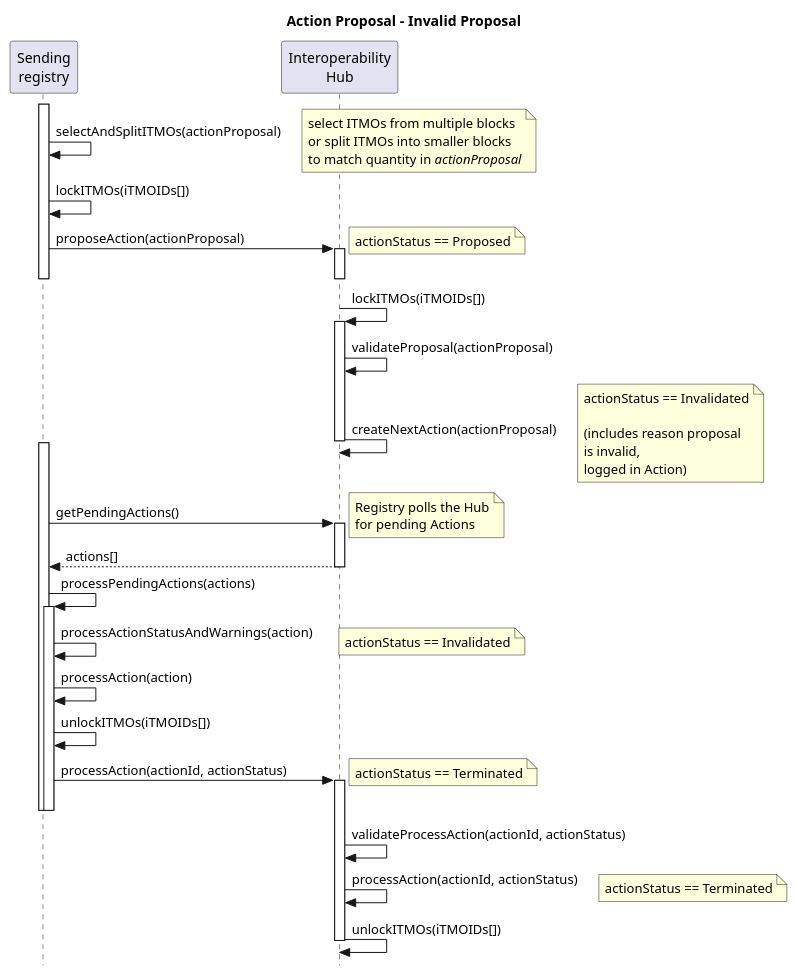
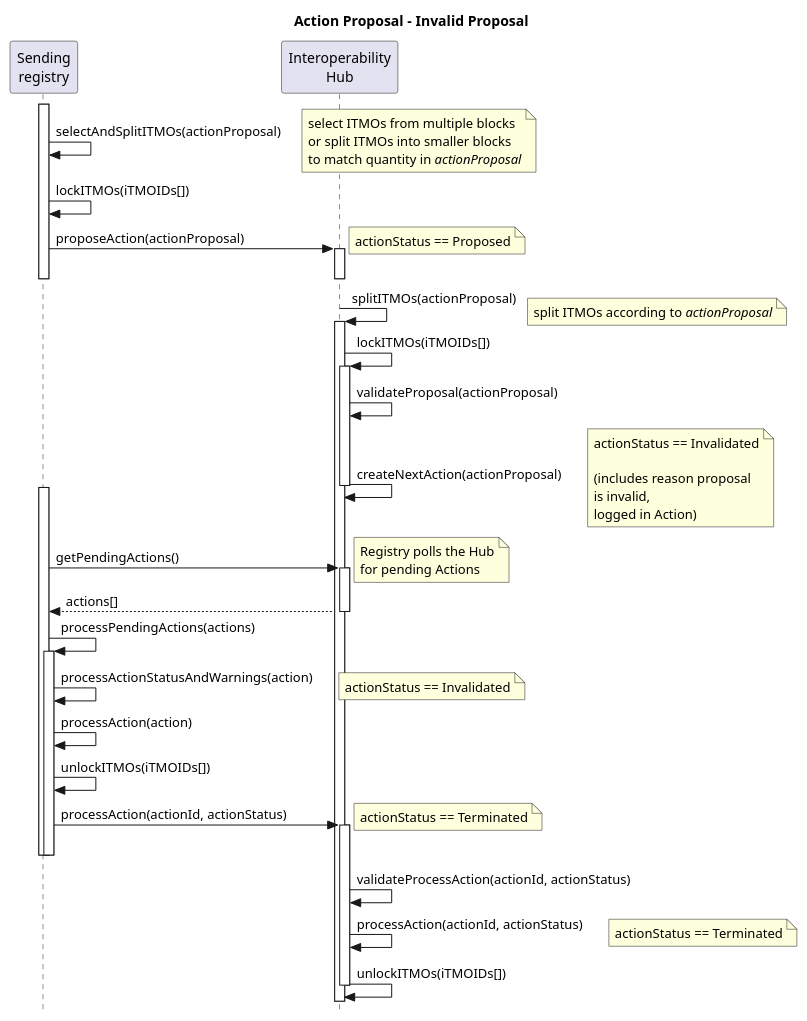
One commit to frankcnng/CARP changed the diagram in diagrams/actionProposal_Invalid_Sequence.puml. Above: the diagram before and after it, drawn with PlantUML. The commit also changed other lines of this file, not shown here.

Commit message:
Update actionProposal_Invalid_Sequence.puml
Added splitITMO() for hub

```diff
--- a/diagrams/actionProposal_Invalid_Sequence.puml
+++ b/diagrams/actionProposal_Invalid_Sequence.puml
@@ -1,49 +2,52 @@
 @startuml actionProposal_Invalid_Sequence
 
 title Action Proposal - Invalid Proposal
 
 skinparam style strictuml
 
 participant "Sending\nregistry" as Sender
 participant "Interoperability\nHub" as Hub
 
 activate Sender
 Sender -> Sender: selectAndSplitITMOs(actionProposal)
 note right: select ITMOs from multiple blocks\nor split ITMOs into smaller blocks\nto match quantity in //actionProposal//
 
+
 Sender -> Sender: lockITMOs(iTMOIDs[])
 Sender -> Hub++ : proposeAction(actionProposal)
 note right: actionStatus == Proposed
 deactivate Sender
 deactivate Hub
 
+Hub -> Hub++: splitITMOs(actionProposal)
+note right: split ITMOs according to //actionProposal//
 Hub -> Hub++: lockITMOs(iTMOIDs[])
 Hub -> Hub: validateProposal(actionProposal)
 Hub -> Hub--: createNextAction(actionProposal)
 note right: actionStatus == Invalidated\n\n(includes reason proposal\nis invalid,\nlogged in Action)
 
 activate Sender
 Sender -> Hub++ : getPendingActions()
 note right: Registry polls the Hub\nfor pending Actions
 
 Sender <-- Hub: actions[]
 deactivate Hub
 
 Sender -> Sender: processPendingActions(actions)
 activate Sender
 Sender -> Sender: processActionStatusAndWarnings(action)
 note right: actionStatus == Invalidated
 
 Sender -> Sender: processAction(action)
 Sender -> Sender: unlockITMOs(iTMOIDs[])
 
 Sender -> Hub++: processAction(actionId, actionStatus)
 note right: actionStatus == Terminated
 deactivate Sender
 deactivate Sender
 Hub -> Hub: validateProcessAction(actionId, actionStatus)
 Hub -> Hub: processAction(actionId, actionStatus)
 note right: actionStatus == Terminated
 Hub -> Hub--: unlockITMOs(iTMOIDs[])
 
 @enduml
```
